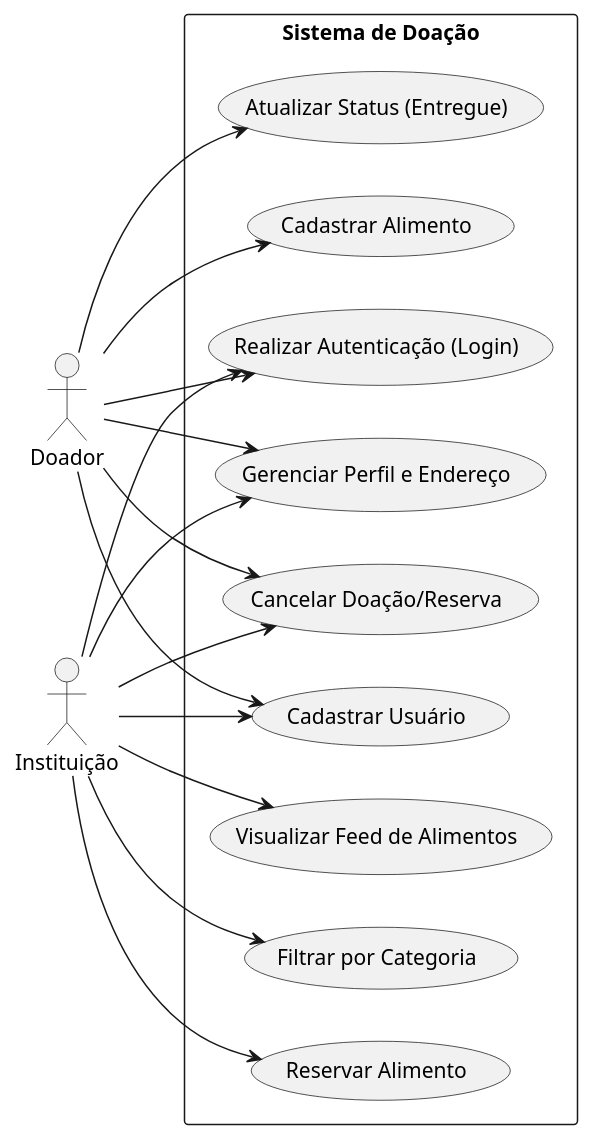
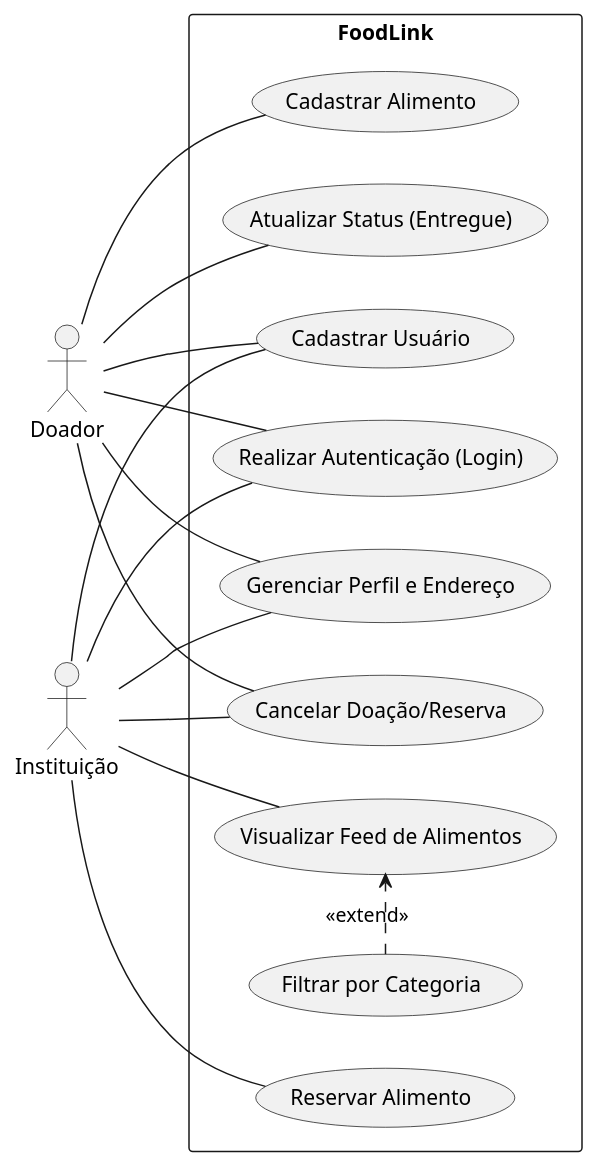
The diagram in Diagramas/casos_de_uso.puml (epGamberi/Lab_Eng_Software), drawn with PlantUML before and after one commit. The commit also changed 26 other files, not shown here.

Commit message:
Restruturação da Arquitetura e Diagramas presentas na TG1

```diff
--- a/Diagramas/casos_de_uso.puml
+++ b/Diagramas/casos_de_uso.puml
@@ -1,34 +1,35 @@
 @startuml casos de uso
 left to right direction
 skinparam packageStyle rectangle
 
 actor Doador
 actor Instituição
 
-package "Sistema de Doação" {
+package "FoodLink" {
   usecase "Cadastrar Usuário" as UC1
   usecase "Realizar Autenticação (Login)" as UC2
   usecase "Gerenciar Perfil e Endereço" as UC3
   usecase "Cadastrar Alimento" as UC4
   usecase "Atualizar Status (Entregue)" as UC5
   usecase "Cancelar Doação/Reserva" as UC6
   usecase "Visualizar Feed de Alimentos" as UC7
   usecase "Filtrar por Categoria" as UC8
   usecase "Reservar Alimento" as UC9
 }
 
-Doador --> UC1
-Doador --> UC2
-Doador --> UC3
-Doador --> UC4
-Doador --> UC5
-Doador --> UC6
+Doador -- UC1
+Doador -- UC2
+Doador -- UC3
+Doador -- UC4
+Doador -- UC5
+Doador -- UC6
 
-Instituição --> UC1
-Instituição --> UC2
-Instituição --> UC3
-Instituição --> UC6
-Instituição --> UC7
-Instituição --> UC8
-Instituição --> UC9
+Instituição -- UC1
+Instituição -- UC2
+Instituição -- UC3
+Instituição -- UC6
+Instituição -- UC7
+Instituição -- UC9
+
+UC8 .> UC7 : <<extend>>
 @enduml
```
